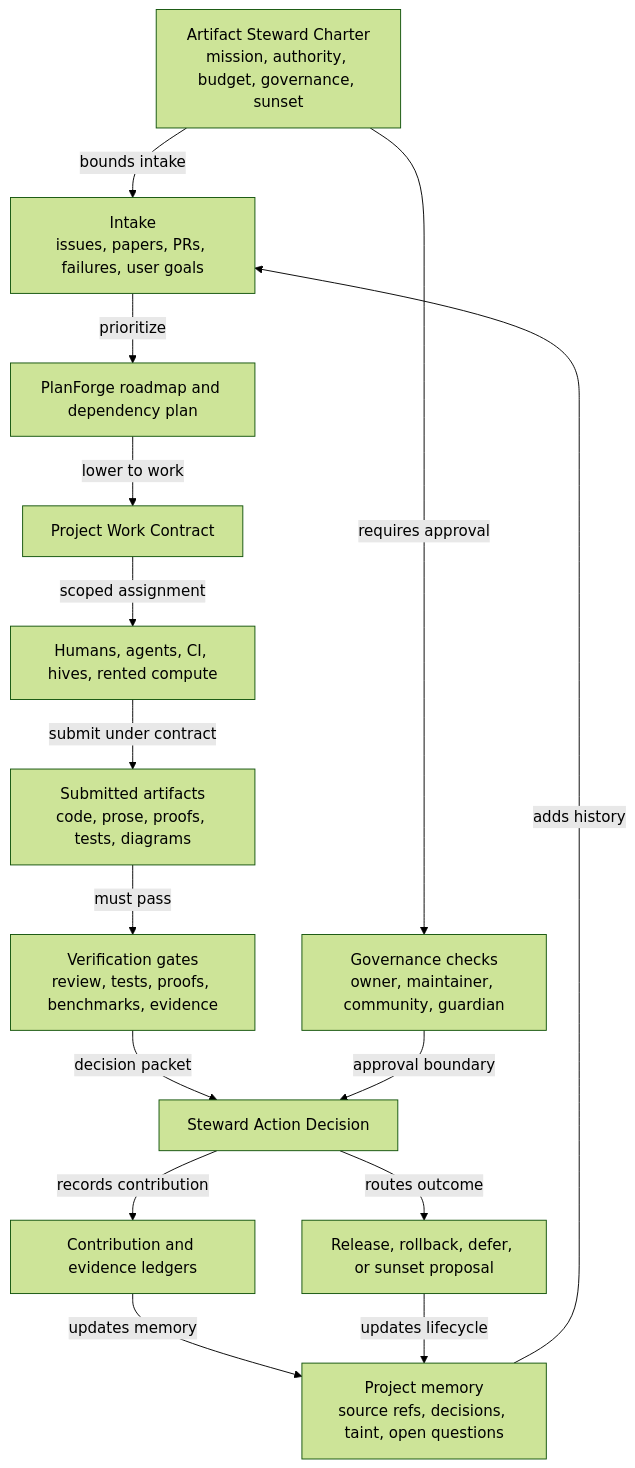
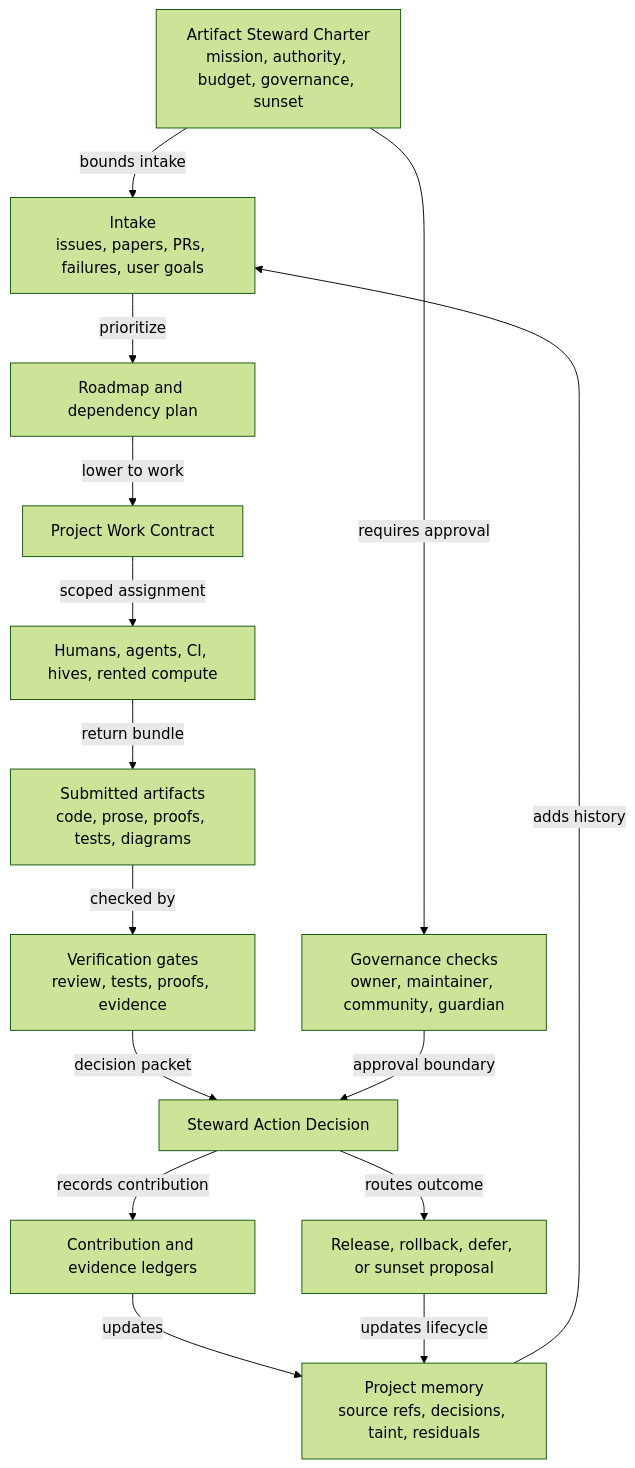
The diagram in editions/reader_manuscript/v1_0/chapters/artifact-steward-agents-and-living-project-governance.qmd (corbensorenson/asi-stack-book), drawn with Mermaid (forest theme) before and after one commit. The commit also changed other lines of this file and 9 other files, not shown here.

Commit message:
Curate artifact steward reader prose

````diff
--- a/editions/reader_manuscript/v1_0/chapters/artifact-steward-agents-and-living-project-governance.qmd
+++ b/editions/reader_manuscript/v1_0/chapters/artifact-steward-agents-and-living-project-governance.qmd
@@ -60,17 +159,17 @@
 ```{mermaid}
 flowchart TD
-charter["Artifact Steward Charter\nmission, authority, budget, governance, sunset"] -- "bounds intake" --> intake["Intake\nissues, papers, PRs, failures, user goals"]
-vcm["Project memory\nsource refs, decisions, taint, open questions"] -- "adds history" --> intake
-intake -- "prioritize" --> plan["PlanForge roadmap and dependency plan"]
-plan -- "lower to work" --> contract["Project Work Contract"]
-contract -- "scoped assignment" --> workers["Humans, agents, CI, hives, rented compute"]
-workers -- "submit under contract" --> artifacts["Submitted artifacts\ncode, prose, proofs, tests, diagrams"]
-artifacts -- "must pass" --> verify["Verification gates\nreview, tests, proofs, benchmarks, evidence"]
-verify -- "decision packet" --> decision["Steward Action Decision"]
-decision -- "records contribution" --> ledger["Contribution and evidence ledgers"]
-decision -- "routes outcome" --> release["Release, rollback, defer, or sunset proposal"]
-ledger -- "updates memory" --> vcm
-release -- "updates lifecycle" --> vcm
-charter -- "requires approval" --> gov["Governance checks\nowner, maintainer, community, guardian"]
-gov -- "approval boundary" --> decision
+  charter["Artifact Steward Charter\nmission, authority, budget, governance, sunset"] -- "bounds intake" --> intake["Intake\nissues, papers, PRs, failures, user goals"]
+  memory["Project memory\nsource refs, decisions, taint, residuals"] -- "adds history" --> intake
+  intake -- "prioritize" --> plan["Roadmap and dependency plan"]
+  plan -- "lower to work" --> contract["Project Work Contract"]
+  contract -- "scoped assignment" --> workers["Humans, agents, CI, hives, rented compute"]
+  workers -- "return bundle" --> artifacts["Submitted artifacts\ncode, prose, proofs, tests, diagrams"]
+  artifacts -- "checked by" --> verify["Verification gates\nreview, tests, proofs, evidence"]
+  verify -- "decision packet" --> decision["Steward Action Decision"]
+  decision -- "records contribution" --> ledger["Contribution and evidence ledgers"]
+  decision -- "routes outcome" --> release["Release, rollback, defer, or sunset proposal"]
+  ledger -- "updates" --> memory
+  release -- "updates lifecycle" --> memory
+  charter -- "requires approval" --> gov["Governance checks\nowner, maintainer, community, guardian"]
+  gov -- "approval boundary" --> decision
 ```
````
